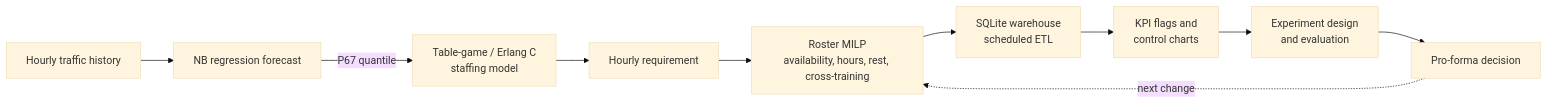
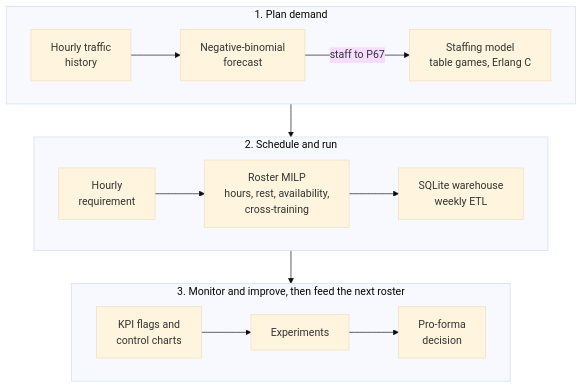
The diagram in README.md (Clairechen163/Labor-Optimization), drawn with Mermaid (base theme) before and after one commit. The commit also changed other lines of this file and 10 other files, not shown here.

Commit message:
Clearer diagram and figures, UTF-8 file handling, manual CI trigger

````diff
--- a/README.md
+++ b/README.md
@@ -35,12 +35,19 @@
 ```mermaid
-flowchart LR
-    A[Hourly traffic history] --> B[NB regression forecast]
-    B -->|P67 quantile| C[Table-game / Erlang C<br/>staffing model]
-    C --> D[Hourly requirement]
-    D --> E[Roster MILP<br/>availability, hours, rest, cross-training]
-    E --> F[SQLite warehouse<br/>scheduled ETL]
-    F --> G[KPI flags and<br/>control charts]
-    G --> H[Experiment design<br/>and evaluation]
-    H --> I[Pro-forma decision]
-    I -.next change.-> E
+flowchart TB
+    subgraph plan ["1. Plan demand"]
+        direction LR
+        A["Hourly traffic<br/>history"] --> B["Negative-binomial<br/>forecast"]
+        B -->|"staff to P67"| C["Staffing model<br/>table games, Erlang C"]
+    end
+    subgraph run ["2. Schedule and run"]
+        direction LR
+        D["Hourly<br/>requirement"] --> E["Roster MILP<br/>hours, rest, availability,<br/>cross-training"]
+        E --> F["SQLite warehouse<br/>weekly ETL"]
+    end
+    subgraph learn ["3. Monitor and improve, then feed the next roster"]
+        direction LR
+        G["KPI flags and<br/>control charts"] --> H["Experiments"]
+        H --> I["Pro-forma<br/>decision"]
+    end
+    plan --> run --> learn
 ```
````
